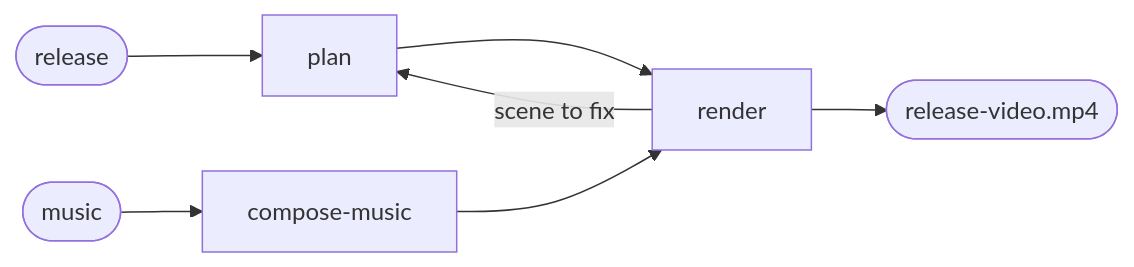
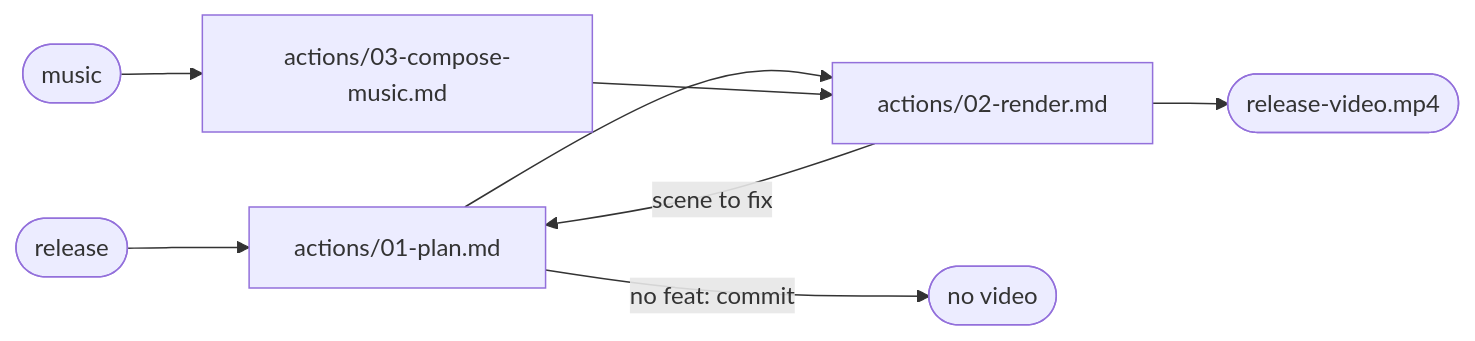
The diagram in .claude/skills/release-video/SKILL.md (ai-driven-dev/framework), drawn with Mermaid before and after one commit. The commit also changed other lines of this file and 3 other files, not shown here.

First line of the commit message:
refactor(release): bring the release-video skill to the lean skill format

````diff
--- a/.claude/skills/release-video/SKILL.md
+++ b/.claude/skills/release-video/SKILL.md
@@ -9,6 +9,7 @@
 ```mermaid
 flowchart LR
-  source([release]) --> plan --> render --> done([release-video.mp4])
+  source([release]) --> plan["actions/01-plan.md"] --> render["actions/02-render.md"] --> done([release-video.mp4])
   render -->|"scene to fix"| plan
-  track([music]) --> compose-music --> render
+  track([music]) --> music["actions/03-compose-music.md"] --> render
+  plan -->|"no feat: commit"| none([no video])
 ```
````
